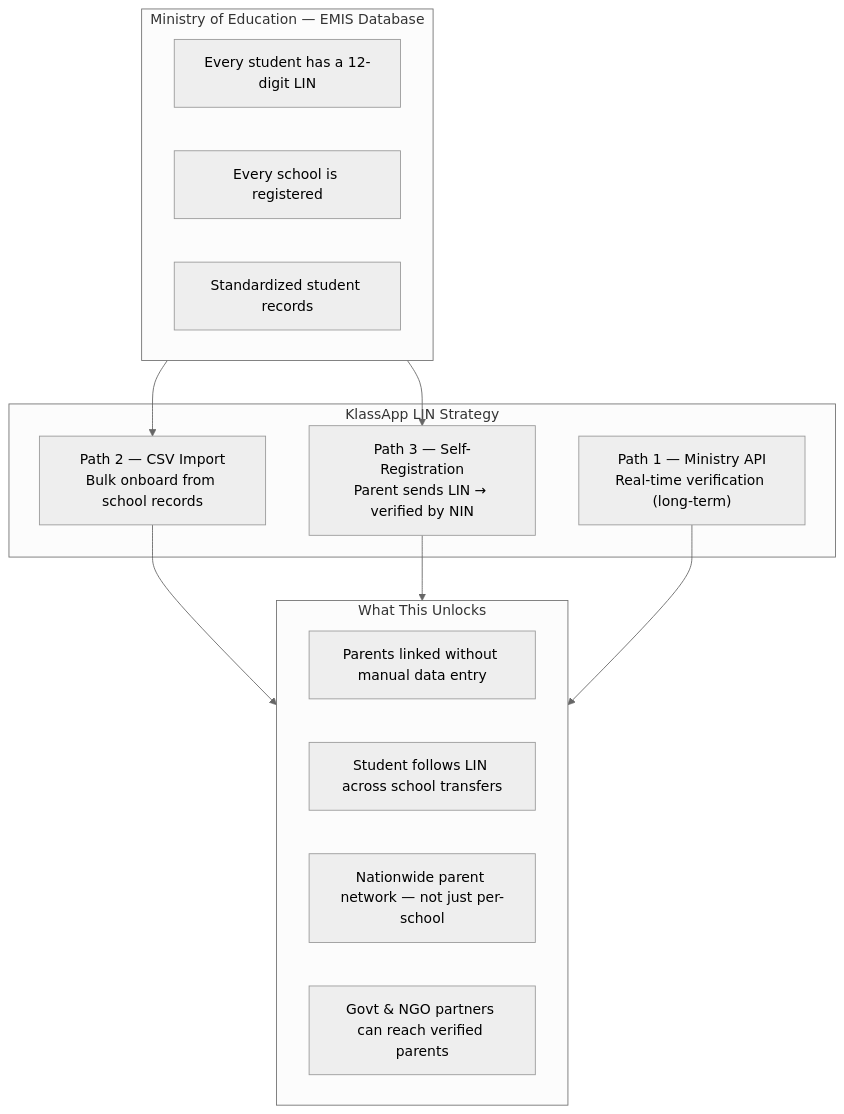
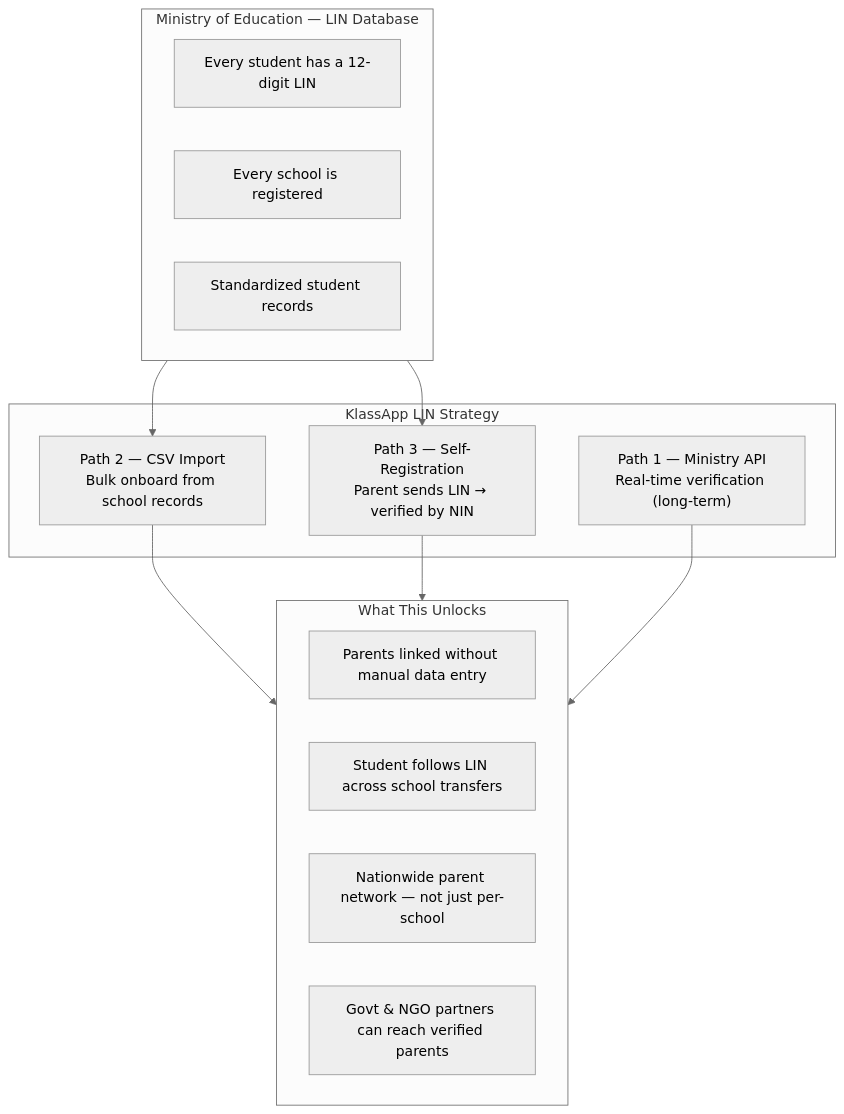
One commit to KlassApp-Foundation/KlassApp changed the third of 7 diagrams in docs/community/ecosystem.md. Above: the diagram before and after it, drawn with Mermaid (neutral theme). The commit also changed other lines of this file and 41 other files, not shown here.

Commit message:
changed emis_number to LIN, and roll_number to school pay student number

````diff
--- a/docs/community/ecosystem.md
+++ b/docs/community/ecosystem.md
@@ -74,27 +74,27 @@
 ```mermaid
 flowchart TB
-    subgraph EMIS["Ministry of Education — EMIS Database"]
+    subgraph LIN["Ministry of Education — LIN Database"]
         L["Every student has a 12-digit LIN"]
         R["Every school is registered"]
         S["Standardized student records"]
     end
 
     subgraph KlassApp["KlassApp LIN Strategy"]
         P2["Path 2 — CSV Import<br/>Bulk onboard from school records"]
         P3["Path 3 — Self-Registration<br/>Parent sends LIN → verified by NIN"]
         P1["Path 1 — Ministry API<br/>Real-time verification (long-term)"]
     end
 
     subgraph Result["What This Unlocks"]
         R1["Parents linked without manual data entry"]
         R2["Student follows LIN across school transfers"]
         R3["Nationwide parent network — not just per-school"]
         R4["Govt & NGO partners can reach verified parents"]
     end
 
-    EMIS --> P2
-    EMIS --> P3
+    LIN --> P2
+    LIN --> P3
     P2 --> Result
     P3 --> Result
     P1 --> Result
 ```
````
